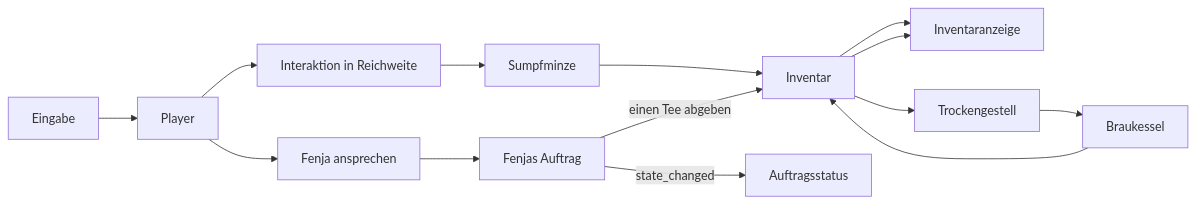
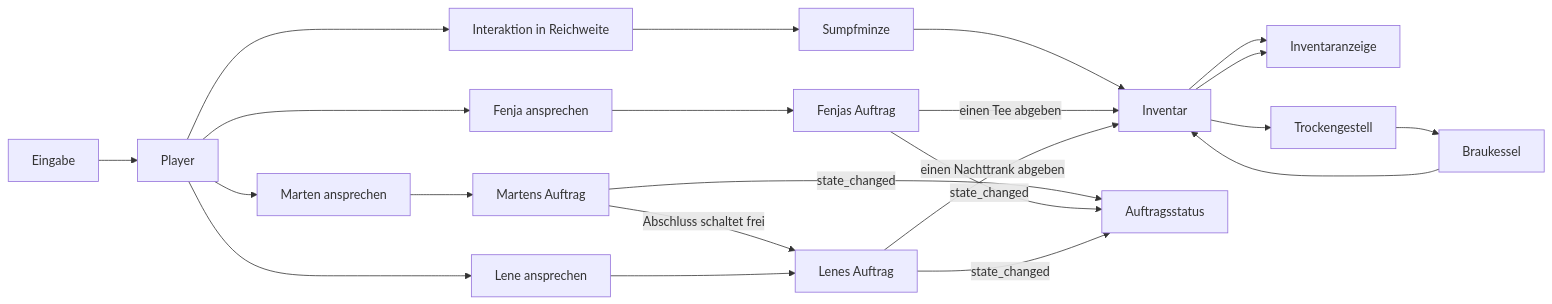
Before and after one commit to Fremarx/Moor-Apotheke: the diagram in docs/ARCHITECTURE.md, drawn with Mermaid. The commit also changed other lines of this file and 14 other files, not shown here.

Commit message:
feat(quest): add Lene's night potion request

```diff
--- a/docs/ARCHITECTURE.md
+++ b/docs/ARCHITECTURE.md
@@ -86,16 +90,24 @@
 ~~~mermaid
 flowchart LR
   Input[Eingabe] --> Player[Player]
   Player --> Interact[Interaktion in Reichweite]
   Interact --> Herb[Sumpfminze]
   Herb --> Inventory[Inventar]
   Inventory --> HUD[Inventaranzeige]
   Inventory --> Rack[Trockengestell]
   Rack --> Cauldron[Braukessel]
   Cauldron --> Inventory
   Player --> Fenja[Fenja ansprechen]
   Fenja --> Quest[Fenjas Auftrag]
+  Player --> Marten[Marten ansprechen]
+  Marten --> MartenQuest[Martens Auftrag]
+  MartenQuest -->|state_changed| HUDQuest
+  MartenQuest -->|Abschluss schaltet frei| LeneQuest
   Quest -->|einen Tee abgeben| Inventory
   Inventory --> HUD[Inventaranzeige]
   Quest -->|state_changed| HUDQuest[Auftragsstatus]
+  Player --> Lene[Lene ansprechen]
+  Lene --> LeneQuest[Lenes Auftrag]
+  LeneQuest -->|einen Nachttrank abgeben| Inventory
+  LeneQuest -->|state_changed| HUDQuest
 ~~~
```
